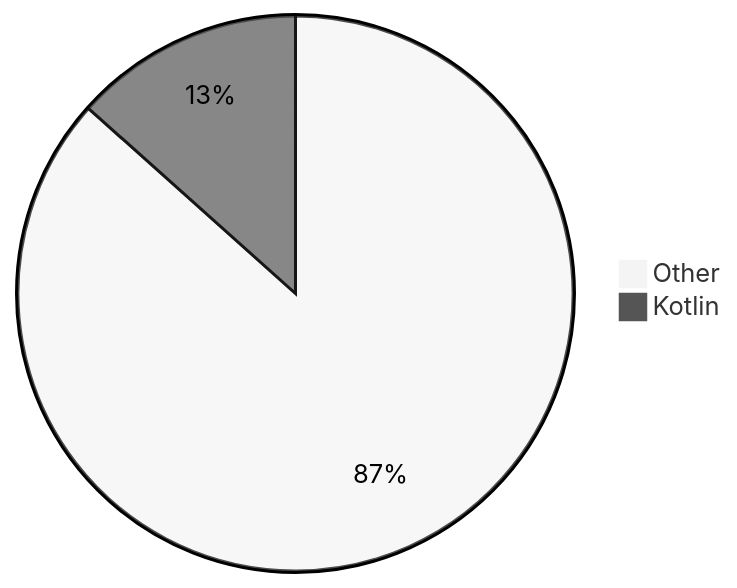
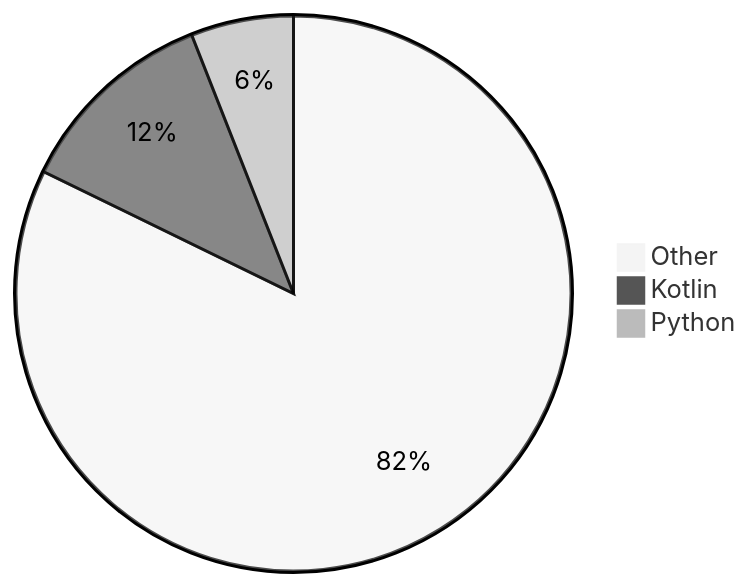
The diagram in README.md (Alicia111/alicia111), drawn with Mermaid (neutral theme) before and after one commit.

Commit message:
Update WakaTime stats (・ω・)b

````diff
--- a/README.md
+++ b/README.md
@@ -32,5 +32,6 @@
 ```mermaid
 pie
-    "Other" : 86.61
-    "Kotlin" : 13.39
+    "Other" : 82.22
+    "Kotlin" : 11.81
+    "Python" : 5.97
 ```
````
